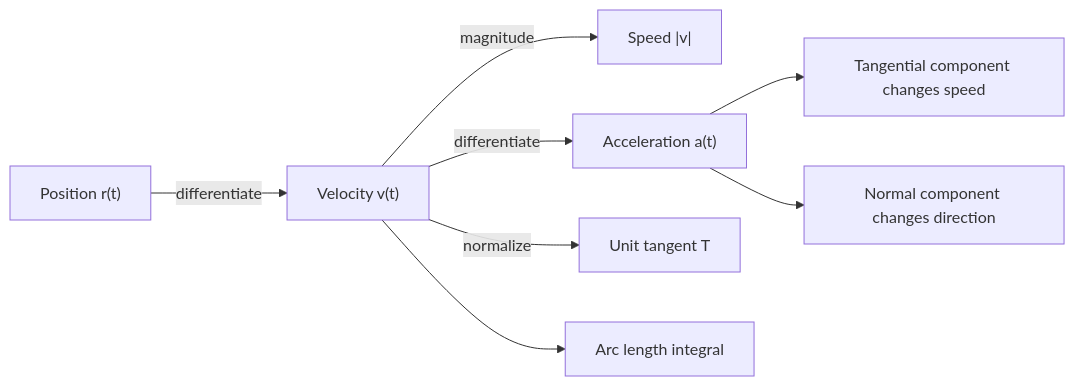
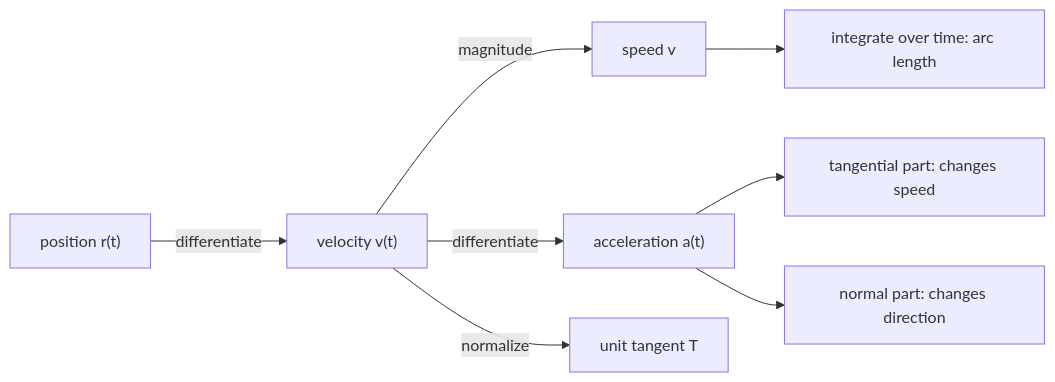
One commit to justinbrianhwang/SJ-wiki changed the diagram in docs/math/calculus/vector-functions-and-motion.md. Above: the diagram before and after it, drawn with Mermaid. The commit also changed other lines of this file and 955 other files, not shown here.

````diff
--- a/docs/math/calculus/vector-functions-and-motion.md
+++ b/docs/math/calculus/vector-functions-and-motion.md
@@ -236,10 +205,10 @@
 ```mermaid
-graph LR
-  A["Position r(t)"] -->|differentiate| B["Velocity v(t)"]
-  B -->|magnitude| C["Speed |v|"]
-  B -->|differentiate| D["Acceleration a(t)"]
-  B -->|normalize| E[Unit tangent T]
-  D --> F[Tangential component changes speed]
-  D --> G[Normal component changes direction]
-  B --> H[Arc length integral]
+flowchart LR
+  R["position r(t)"] -->|differentiate| V["velocity v(t)"]
+  V -->|magnitude| S["speed v"]
+  V -->|differentiate| A["acceleration a(t)"]
+  V -->|normalize| T["unit tangent T"]
+  A --> AT["tangential part: changes speed"]
+  A --> AN["normal part: changes direction"]
+  S --> L["integrate over time: arc length"]
 ```
````
